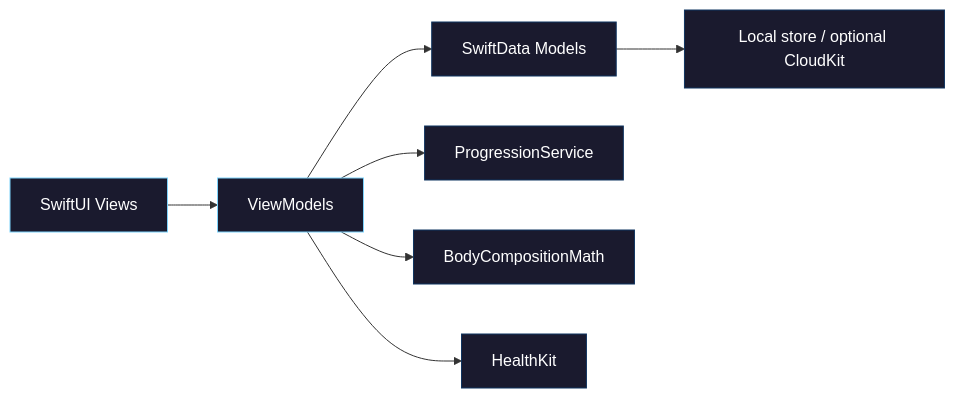
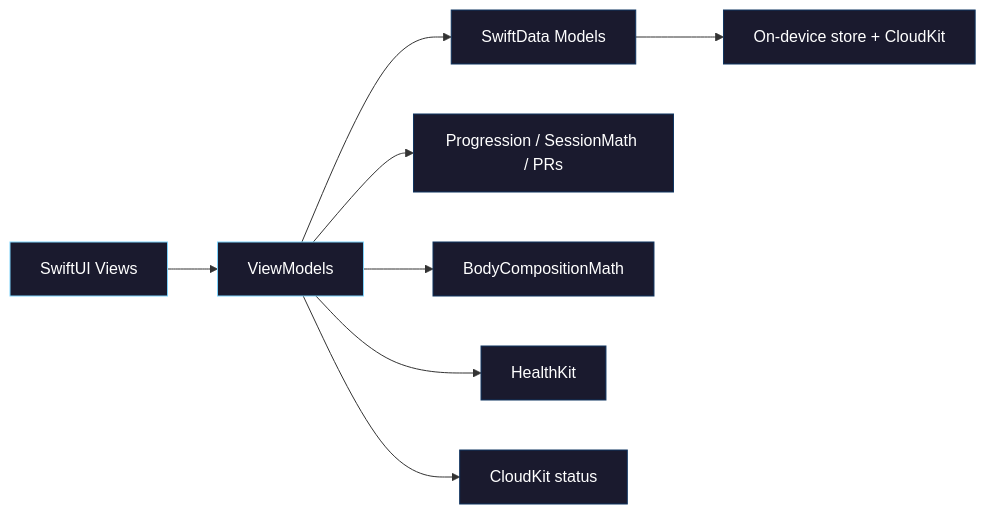
Before and after one commit to brockleej/strength-training: the diagram in README.md, drawn with Mermaid. The commit also changed other lines of this file and 27 other files, not shown here.

First line of the commit message:
feat: CloudKit, bug squashing, workout UI overhaul, and README rewrite

````diff
--- a/README.md
+++ b/README.md
@@ -71,17 +86,19 @@
 ```mermaid
 graph LR
     A["SwiftUI Views"] --> B["ViewModels"]
     B --> C["SwiftData Models"]
-    B --> F["ProgressionService"]
+    B --> F["Progression / SessionMath / PRs"]
     B --> G["BodyCompositionMath"]
     B --> E["HealthKit"]
-    C --> D["Local store / optional CloudKit"]
+    B --> K["CloudKit status"]
+    C --> D["On-device store + CloudKit"]
 
     style A fill:#1a1a2e,stroke:#7dd3fc,color:#fff
     style B fill:#1a1a2e,stroke:#7dd3fc,color:#fff
     style C fill:#1a1a2e,stroke:#0f3460,color:#fff
     style D fill:#1a1a2e,stroke:#0f3460,color:#fff
     style E fill:#1a1a2e,stroke:#0f3460,color:#fff
     style F fill:#1a1a2e,stroke:#0f3460,color:#fff
     style G fill:#1a1a2e,stroke:#0f3460,color:#fff
+    style K fill:#1a1a2e,stroke:#0f3460,color:#fff
 ```
````
